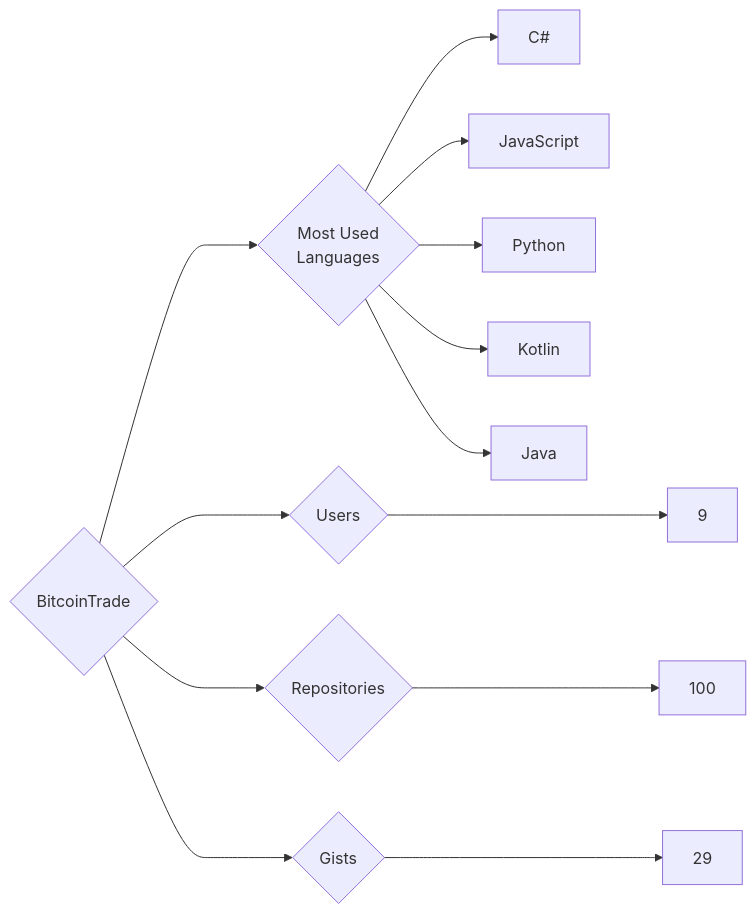
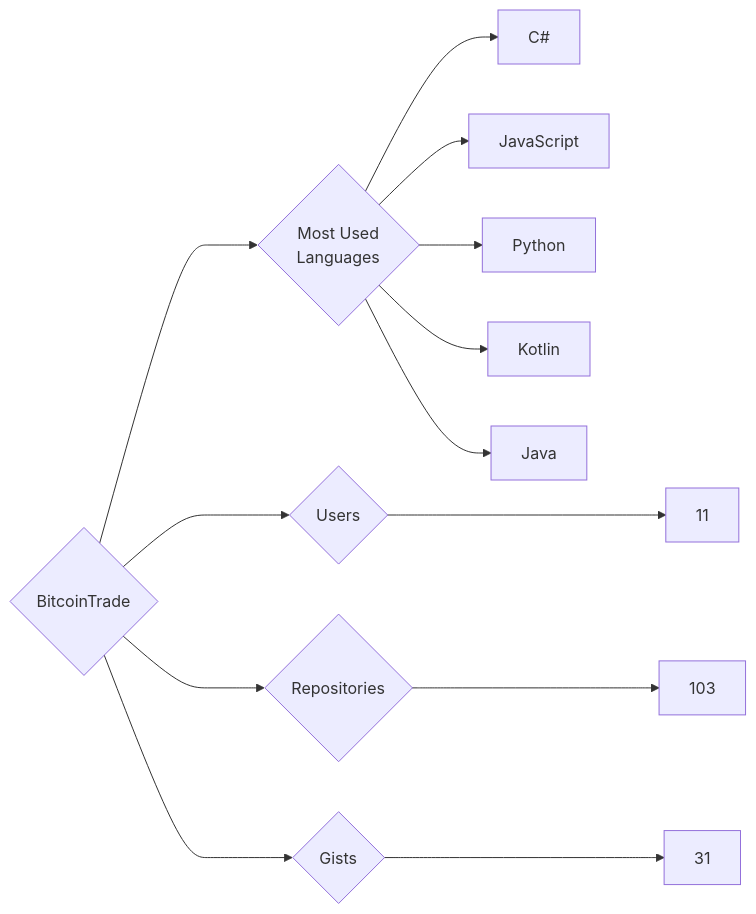
One commit to trickest/insiders changed the diagram in targets/BitcoinTrade/README.md. Above: the diagram before and after it, drawn with Mermaid. The commit also changed 1166 other files, not shown here.

````diff
--- a/targets/BitcoinTrade/README.md
+++ b/targets/BitcoinTrade/README.md
@@ -3,13 +3,13 @@
 ```mermaid
 graph LR
 COMPANY_NAME{BitcoinTrade}
-COMPANY_NAME ---> U{Users} ---> UN[9]
-COMPANY_NAME ---> R{Repositories} ---> RN[100]
-COMPANY_NAME ---> G{Gists} ---> GN[29]
+COMPANY_NAME ---> U{Users} ---> UN[11]
+COMPANY_NAME ---> R{Repositories} ---> RN[103]
+COMPANY_NAME ---> G{Gists} ---> GN[31]
 COMPANY_NAME ---> ML{Most Used<br>Languages}
 ML --> C#[C#]
 ML --> JavaScript[JavaScript]
 ML --> Python[Python]
 ML --> Kotlin[Kotlin]
 ML --> Java[Java]
 ```
````
